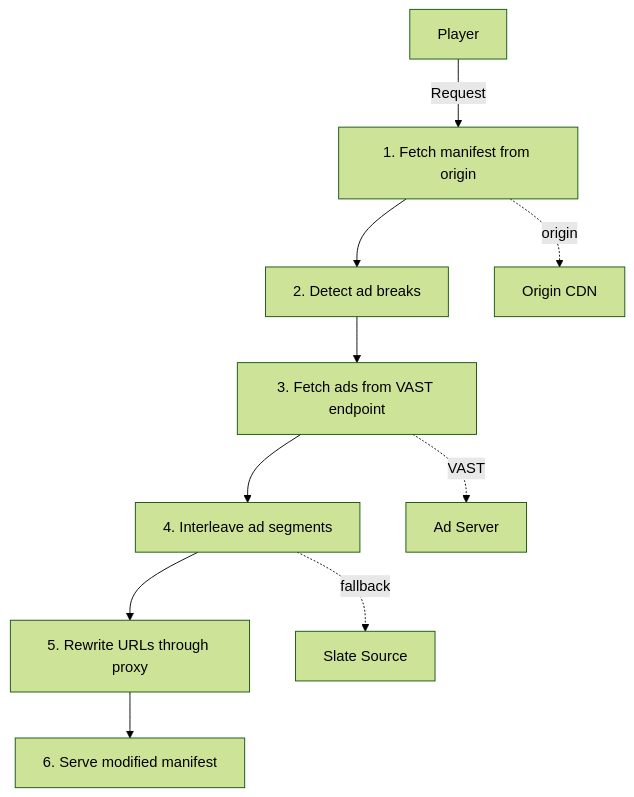
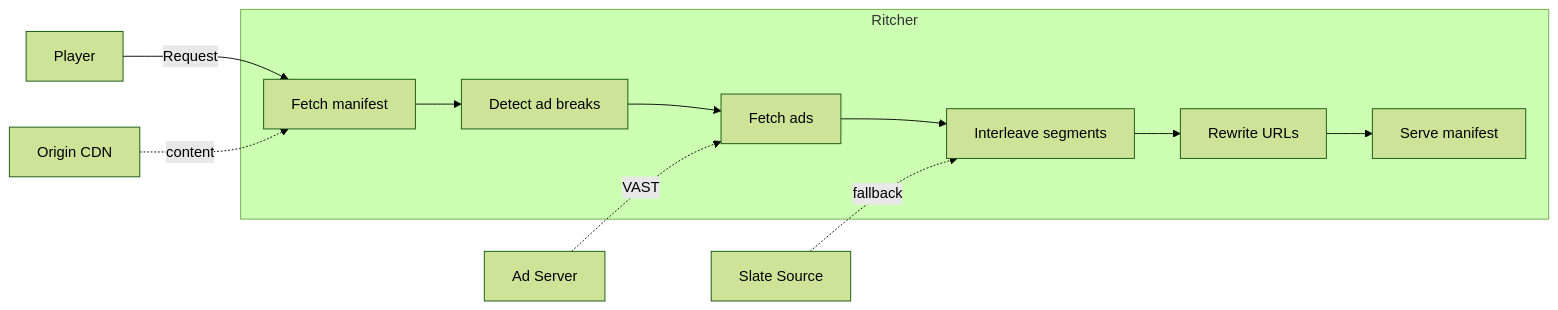
Before and after one commit to JoeldelPilar/ritcher: the diagram in README.md, drawn with Mermaid (forest theme).

Commit message:
fix: compact LR layout with subgraph and external sources
Switch to left-to-right flowchart for a more compact diagram.
External services feed into relevant pipeline steps via dotted arrows.

````diff
--- a/README.md
+++ b/README.md
@@ -51,14 +51,12 @@
 ```mermaid
-flowchart TD
+flowchart LR
     Player -- Request --> S1
 
-    S1[1. Fetch manifest from origin] --> S2[2. Detect ad breaks]
-    S2 --> S3[3. Fetch ads from VAST endpoint]
-    S3 --> S4[4. Interleave ad segments]
-    S4 --> S5[5. Rewrite URLs through proxy]
-    S5 --> S6[6. Serve modified manifest]
+    subgraph Ritcher
+        S1[Fetch manifest] --> S2[Detect ad breaks] --> S3[Fetch ads] --> S4[Interleave segments] --> S5[Rewrite URLs] --> S6[Serve manifest]
+    end
 
-    S1 -. origin .-> CDN[Origin CDN]
-    S3 -. VAST .-> ADS[Ad Server]
-    S4 -. fallback .-> SLATE[Slate Source]
+    CDN[Origin CDN] -. content .-> S1
+    ADS[Ad Server] -. VAST .-> S3
+    SLATE[Slate Source] -. fallback .-> S4
 ```
````
